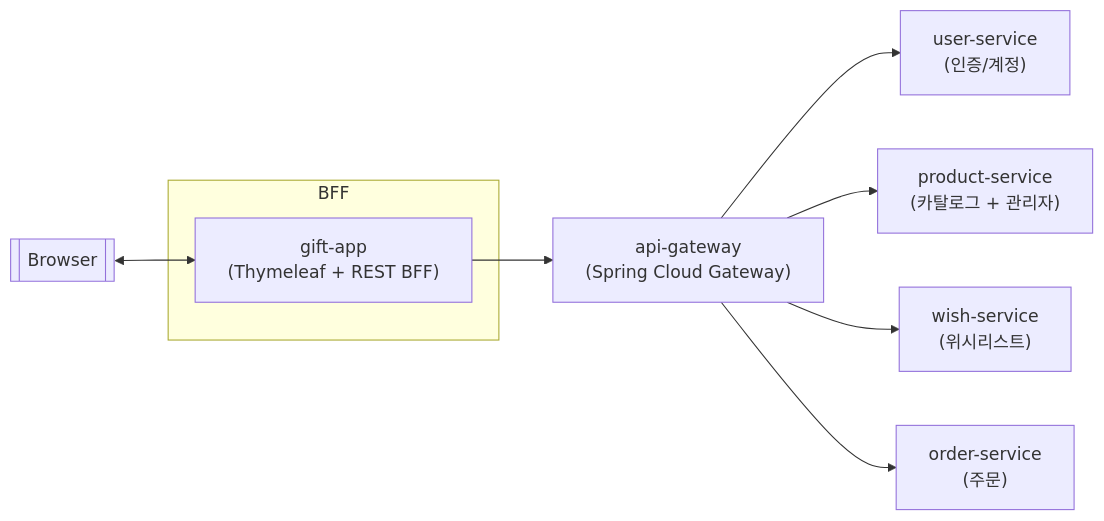
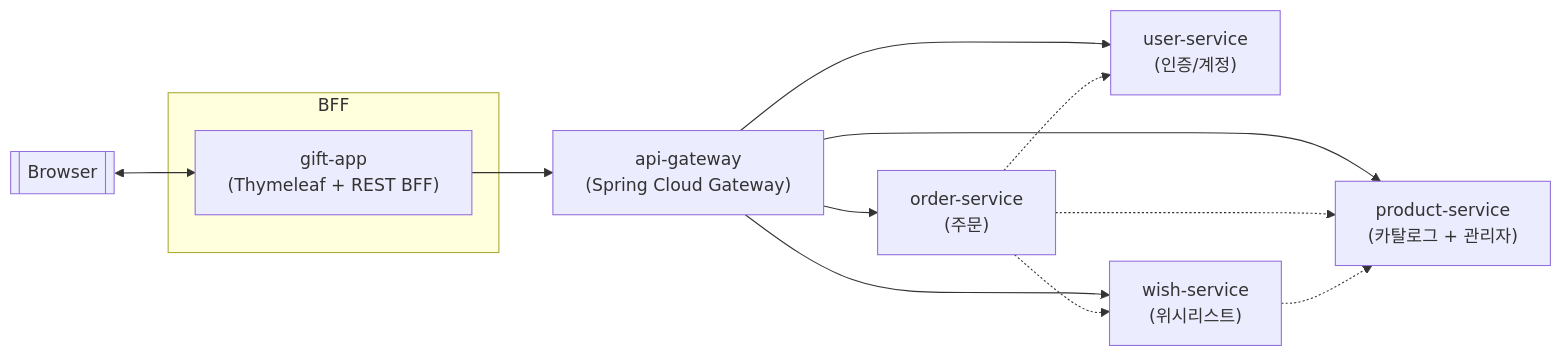
One commit to PNU-Triton-capstone-2025/msa-kakao-gift changed the diagram in README.md. Above: the diagram before and after it, drawn with Mermaid. The commit also changed other lines of this file, not shown here.

````diff
--- a/README.md
+++ b/README.md
@@ -4,25 +4,31 @@
 ```mermaid
 flowchart LR
     Browser[[Browser]]
     subgraph BFF
         GiftApp["gift-app
                 (Thymeleaf + REST BFF)"]
     end
     APIGW["api-gateway
           (Spring Cloud Gateway)"]
     UserSvc["user-service
             (인증/계정)"]
     ProductSvc["product-service
                 (카탈로그 + 관리자)"]
     WishSvc["wish-service
               (위시리스트)"]
     OrderSvc["order-service
               (주문)"]
 
     Browser <--> GiftApp
     GiftApp --> APIGW
     APIGW --> UserSvc
     APIGW --> ProductSvc
     APIGW --> WishSvc
     APIGW --> OrderSvc
+
+    %% 내부 서비스 간 호출 (재고/회원/위시 검증)
+    OrderSvc -.-> ProductSvc
+    OrderSvc -.-> WishSvc
+    OrderSvc -.-> UserSvc
+    WishSvc -.-> ProductSvc
 ```
````
